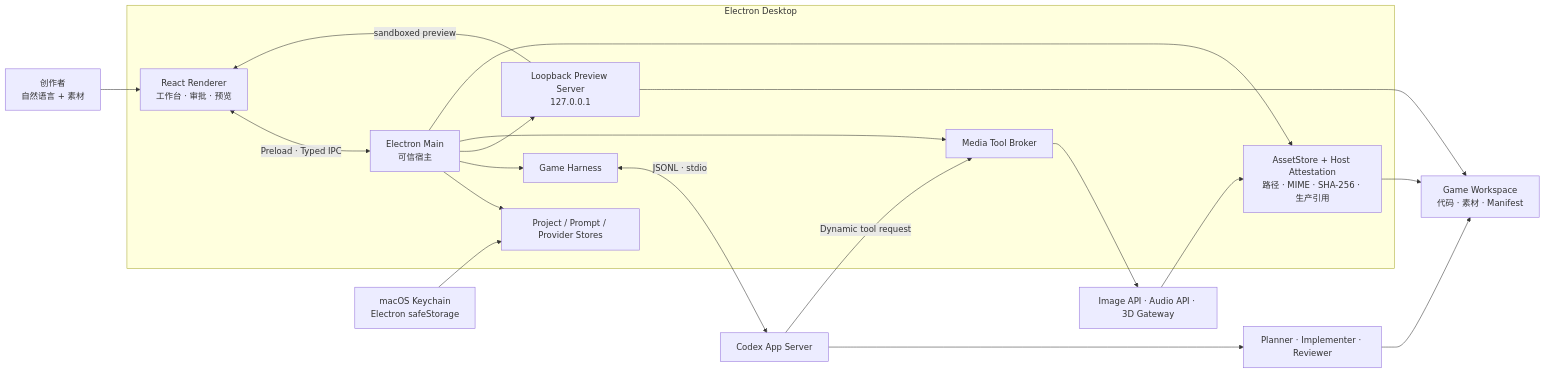
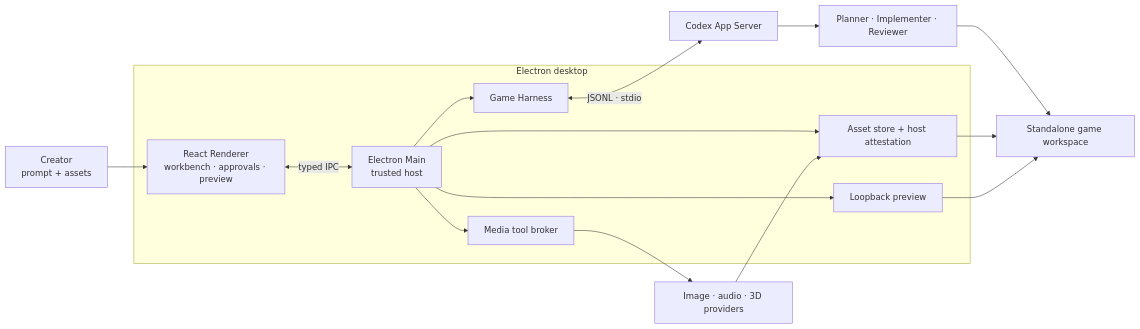
The second of 2 diagrams in README.md (Innate-Labs/Noobi.ai), drawn with Mermaid before and after one commit. The commit also changed other lines of this file and 14 other files, not shown here.

````diff
--- a/README.md
+++ b/README.md
@@ -54,24 +132,20 @@
 ```mermaid
 flowchart LR
-    User["创作者<br/>自然语言 + 素材"] --> Renderer["React Renderer<br/>工作台 · 审批 · 预览"]
+    User["Creator<br/>prompt + assets"] --> Renderer["React Renderer<br/>workbench · approvals · preview"]
 
-    subgraph Desktop["Electron Desktop"]
-        Renderer <-->|"Preload · Typed IPC"| Main["Electron Main<br/>可信宿主"]
-        Main --> Stores["Project / Prompt / Provider Stores"]
+    subgraph Desktop["Electron desktop"]
+        Renderer <-->|"typed IPC"| Main["Electron Main<br/>trusted host"]
         Main --> Harness["Game Harness"]
-        Main --> Preview["Loopback Preview Server<br/>127.0.0.1"]
-        Main --> Broker["Media Tool Broker"]
-        Main --> Gate["AssetStore + Host Attestation<br/>路径 · MIME · SHA-256 · 生产引用"]
+        Main --> Preview["Loopback preview"]
+        Main --> Broker["Media tool broker"]
+        Main --> Gate["Asset store + host attestation"]
     end
 
-    Harness <-->|"JSONL · stdio"| Runtime["Codex App Server"]
-    Runtime --> Threads["Planner · Implementer · Reviewer"]
-    Runtime -->|"Dynamic tool request"| Broker
-    Threads --> Workspace["Game Workspace<br/>代码 · 素材 · Manifest"]
-    Broker --> Providers["Image API · Audio API · 3D Gateway"]
+    Harness <-->|"JSONL · stdio"| Codex["Codex App Server"]
+    Codex --> Agents["Planner · Implementer · Reviewer"]
+    Agents --> Workspace["Standalone game workspace"]
+    Broker --> Providers["Image · audio · 3D providers"]
     Providers --> Gate
     Gate --> Workspace
     Preview --> Workspace
-    Preview -->|"sandboxed preview"| Renderer
-    Keychain["macOS Keychain<br/>Electron safeStorage"] --> Stores
 ```
````
